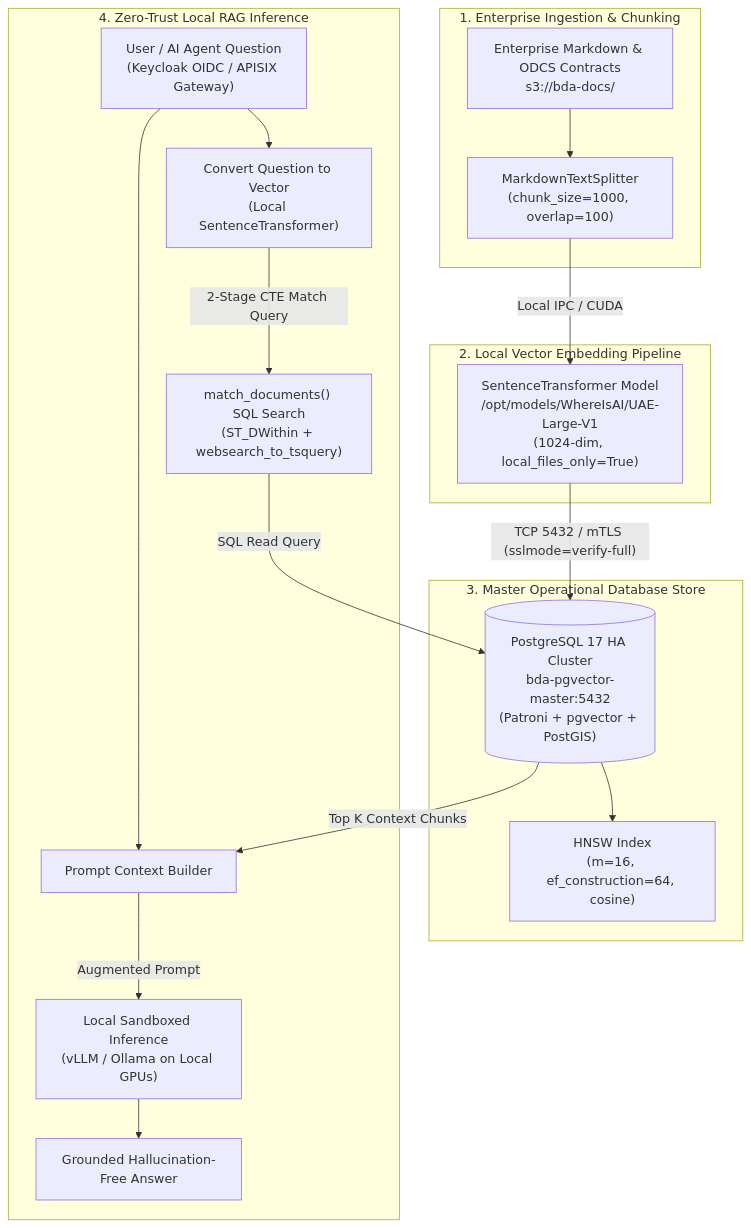
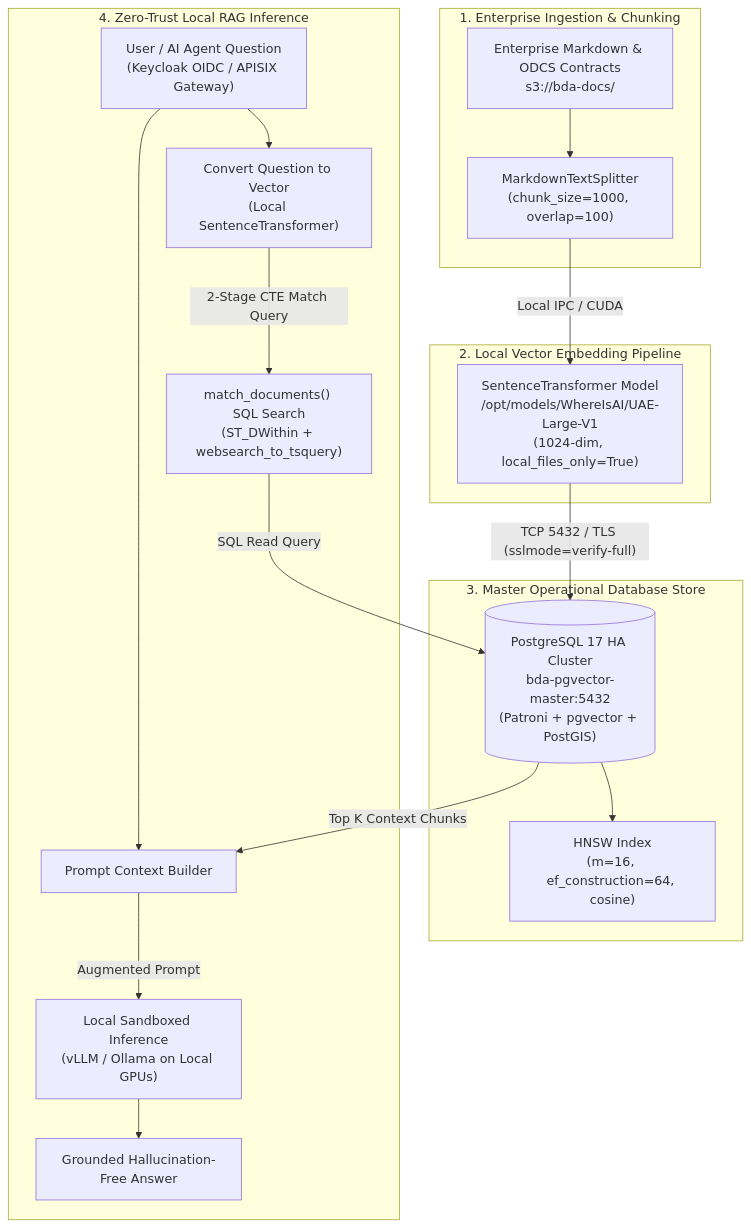
Before and after one commit to linuxmalaysia/bda-ai-infra: the second of 2 diagrams in docs/reference/postgresql-pgvector-enterprise-strategy.md, drawn with Mermaid. The commit also changed other lines of this file, not shown here.

First line of the commit message:
fix: refine pgvector 0.8.0 iterative scans guidance and diagram paths

````diff
--- a/docs/reference/postgresql-pgvector-enterprise-strategy.md
+++ b/docs/reference/postgresql-pgvector-enterprise-strategy.md
@@ -291,25 +291,25 @@
 ```mermaid
 flowchart TD
     subgraph DataIngestion ["1. Enterprise Ingestion & Chunking"]
         Docs["Enterprise Markdown &amp; ODCS Contracts<br/>s3://bda-docs/"] --> Splitter["MarkdownTextSplitter<br/>(chunk_size=1000, overlap=100)"]
     end
 
     subgraph EmbeddingPipeline ["2. Local Vector Embedding Pipeline"]
         Splitter -->|"Local IPC / CUDA"| LocalEmbed["SentenceTransformer Model<br/>/opt/models/WhereIsAI/UAE-Large-V1<br/>(1024-dim, local_files_only=True)"]
     end
 
     subgraph PgVectorStore ["3. Master Operational Database Store"]
-        LocalEmbed -->|"TCP 5432 / mTLS (sslmode=verify-full)"| PgDB[("PostgreSQL 17 HA Cluster<br/>bda-pgvector-master:5432<br/>(Patroni + pgvector + PostGIS)")]
+        LocalEmbed -->|"TCP 5432 / TLS (sslmode=verify-full)"| PgDB[("PostgreSQL 17 HA Cluster<br/>bda-pgvector-master:5432<br/>(Patroni + pgvector + PostGIS)")]
         PgDB --> HNSWIdx["HNSW Index<br/>(m=16, ef_construction=64, cosine)"]
     end
 
     subgraph RAGInference ["4. Zero-Trust Local RAG Inference"]
         UserQ["User / AI Agent Question<br/>(Keycloak OIDC / APISIX Gateway)"] --> QEmbed["Convert Question to Vector<br/>(Local SentenceTransformer)"]
         QEmbed -->|"2-Stage CTE Match Query"| MatchFunc["match_documents() SQL Search<br/>(ST_DWithin + websearch_to_tsquery)"]
         MatchFunc -->|"SQL Read Query"| PgDB
         PgDB -->|"Top K Context Chunks"| PromptBuilder["Prompt Context Builder"]
         UserQ --> PromptBuilder
         PromptBuilder -->|"Augmented Prompt"| LocalLLM["Local Sandboxed Inference<br/>(vLLM / Ollama on Local GPUs)"]
         LocalLLM --> GroundedAnswer["Grounded Hallucination-Free Answer"]
     end
 ```
````
